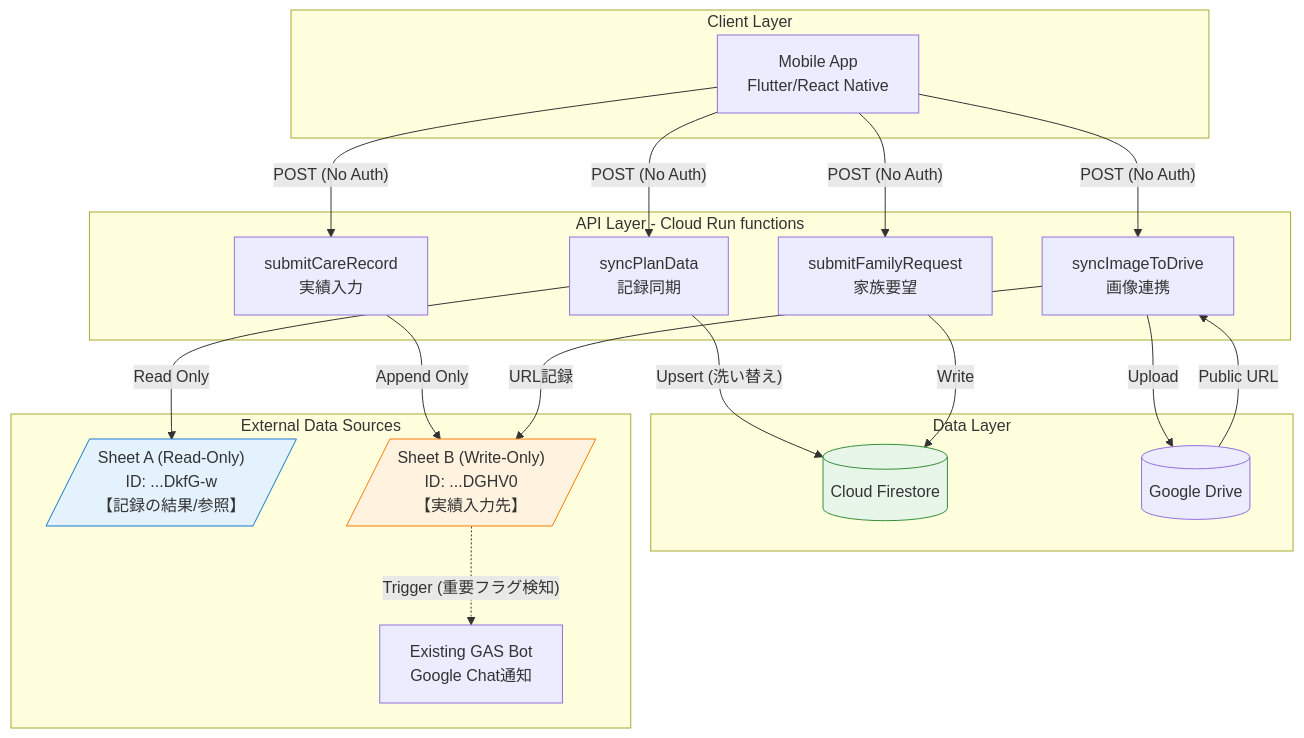
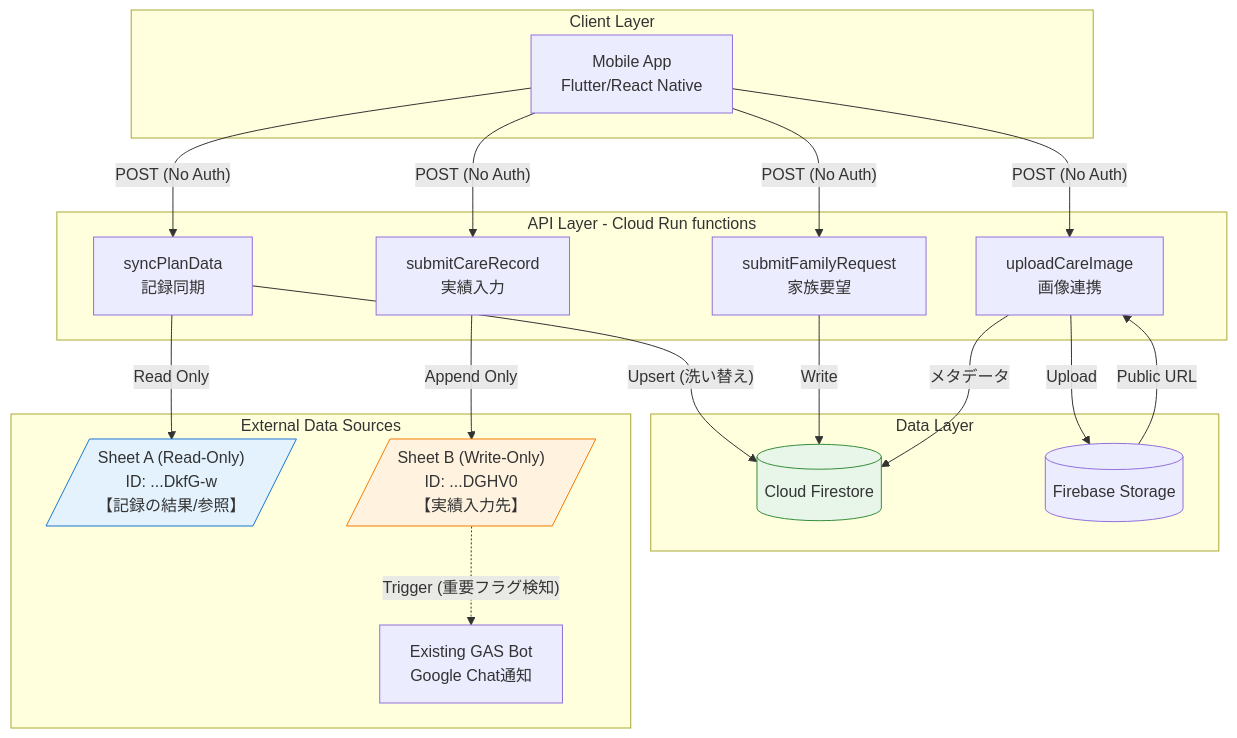
Before and after one commit to yasushihonda-acg/facility-care-input-form: the first of 2 diagrams in docs/ARCHITECTURE.md, drawn with Mermaid. The commit also changed other lines of this file and 6 other files, not shown here.

````diff
--- a/docs/ARCHITECTURE.md
+++ b/docs/ARCHITECTURE.md
@@ -127,55 +127,55 @@
 ```mermaid
 graph TD
     subgraph "Client Layer"
         APP[Mobile App<br/>Flutter/React Native]
     end
 
     subgraph "API Layer - Cloud Run functions"
         FUNC_SYNC[syncPlanData<br/>記録同期]
         FUNC_CARE[submitCareRecord<br/>実績入力]
         FUNC_REQ[submitFamilyRequest<br/>家族要望]
-        FUNC_IMG[syncImageToDrive<br/>画像連携]
+        FUNC_IMG[uploadCareImage<br/>画像連携]
     end
 
     subgraph "Data Layer"
         FS[(Cloud Firestore)]
-        DRIVE[(Google Drive)]
+        STORAGE[(Firebase Storage)]
     end
 
     subgraph "External Data Sources"
         SHEET_A[/"Sheet A (Read-Only)<br/>ID: ...DkfG-w<br/>【記録の結果/参照】"/]
         SHEET_B[/"Sheet B (Write-Only)<br/>ID: ...DGHV0<br/>【実績入力先】"/]
         BOT[Existing GAS Bot<br/>Google Chat通知]
     end
 
     %% Client to Functions (No Auth)
     APP -->|"POST (No Auth)"| FUNC_SYNC
     APP -->|"POST (No Auth)"| FUNC_CARE
     APP -->|"POST (No Auth)"| FUNC_REQ
     APP -->|"POST (No Auth)"| FUNC_IMG
 
     %% Flow A: Read-Only Sync
     FUNC_SYNC -->|"Read Only"| SHEET_A
     FUNC_SYNC -->|"Upsert (洗い替え)"| FS
 
     %% Flow B: Write-Only Log
     FUNC_CARE -->|"Append Only"| SHEET_B
     SHEET_B -.->|"Trigger (重要フラグ検知)"| BOT
 
     %% Flow C: Family Request
     FUNC_REQ -->|"Write"| FS
 
     %% Image Flow
-    FUNC_IMG -->|"Upload"| DRIVE
-    DRIVE -->|"Public URL"| FUNC_IMG
-    FUNC_IMG -->|"URL記録"| SHEET_B
+    FUNC_IMG -->|"Upload"| STORAGE
+    STORAGE -->|"Public URL"| FUNC_IMG
+    FUNC_IMG -->|"メタデータ"| FS
 
     %% Styling
     classDef readonly fill:#e3f2fd,stroke:#1976d2
     classDef writeonly fill:#fff3e0,stroke:#f57c00
     classDef firestore fill:#e8f5e9,stroke:#388e3c
 
     class SHEET_A readonly
     class SHEET_B writeonly
     class FS firestore
 ```
````
